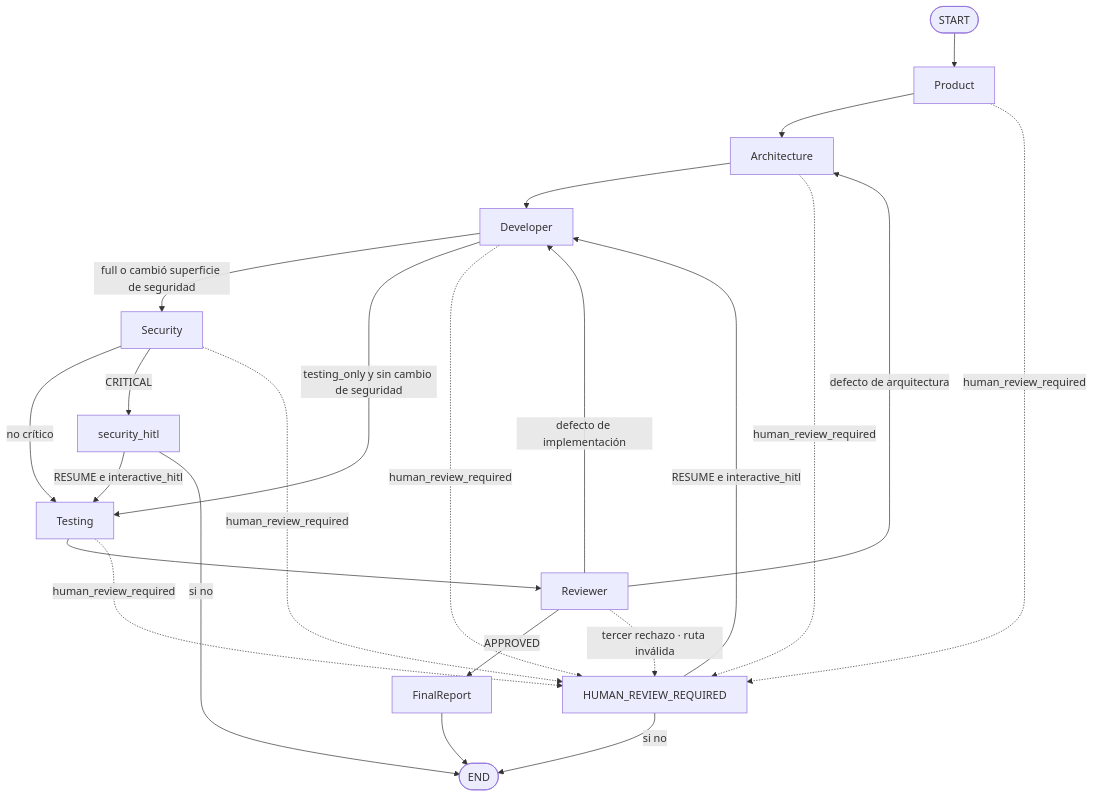
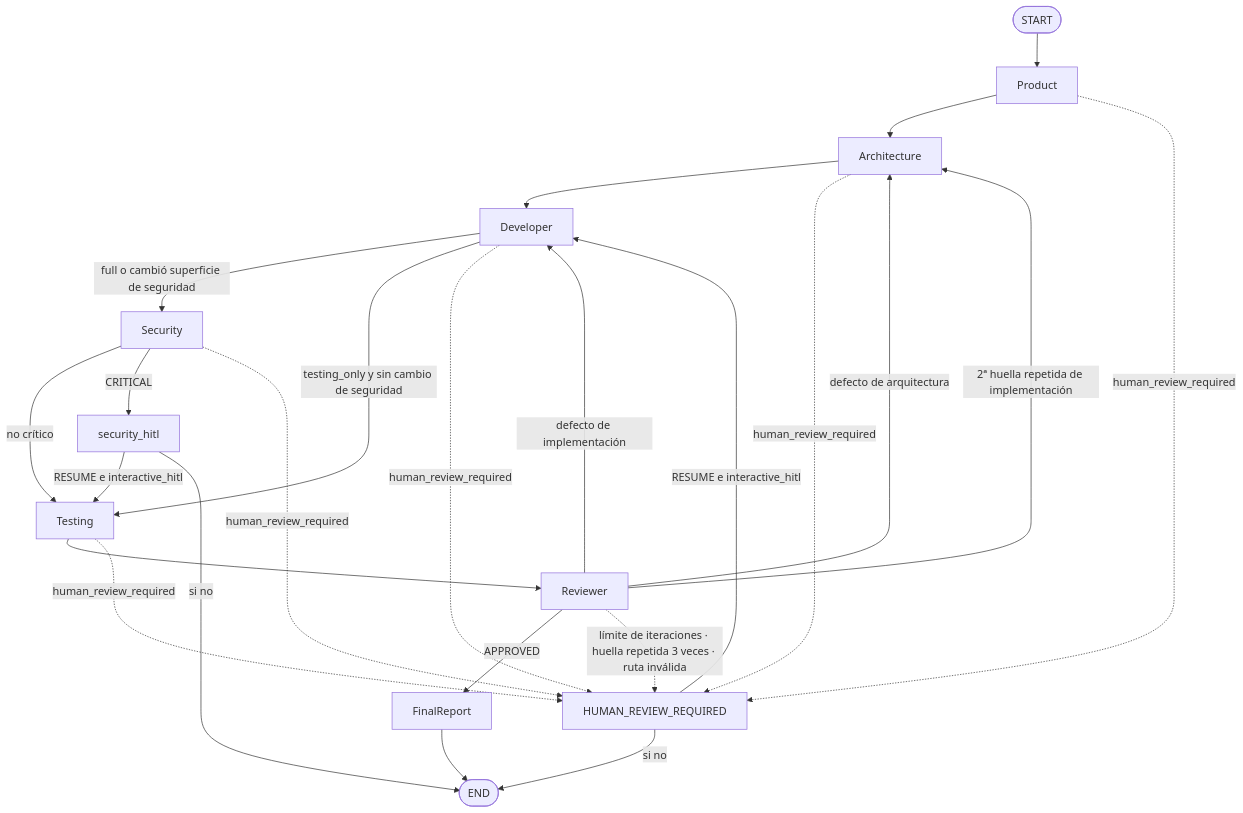
The second of 2 diagrams in docs/architecture/overview.md (full-stack-dev-johncastrosanabria/MultiAgent-Software-Engineering-Team.), drawn with Mermaid before and after one commit. The commit also changed other lines of this file and 6 other files, not shown here.

First line of the commit message:
docs: correct drift in README, architecture, operations, testing and evaluation

````diff
--- a/docs/architecture/overview.md
+++ b/docs/architecture/overview.md
@@ -107,27 +112,28 @@
 ```mermaid
 flowchart TD
   S([START]) --> P[Product]
   P --> A[Architecture]
   A --> D[Developer]
   D -->|"full o cambió superficie de seguridad"| SEC[Security]
   D -->|"testing_only y sin cambio de seguridad"| T[Testing]
   SEC -->|"no crítico"| T
   SEC -->|"CRITICAL"| SH[security_hitl]
   T --> R[Reviewer]
   R -->|APPROVED| F[FinalReport]
   R -->|"defecto de arquitectura"| A
   R -->|"defecto de implementación"| D
   F --> E([END])
 
   P -.->|human_review_required| H[HUMAN_REVIEW_REQUIRED]
   A -.->|human_review_required| H
   D -.->|human_review_required| H
   SEC -.->|human_review_required| H
   T -.->|human_review_required| H
-  R -.->|"tercer rechazo · ruta inválida"| H
+  R -->|"2ª huella repetida de implementación"| A
+  R -.->|"límite de iteraciones · huella repetida 3 veces · ruta inválida"| H
 
   H -->|"RESUME e interactive_hitl"| D
   H -->|"si no"| E
   SH -->|"RESUME e interactive_hitl"| T
   SH -->|"si no"| E
 ```
````
